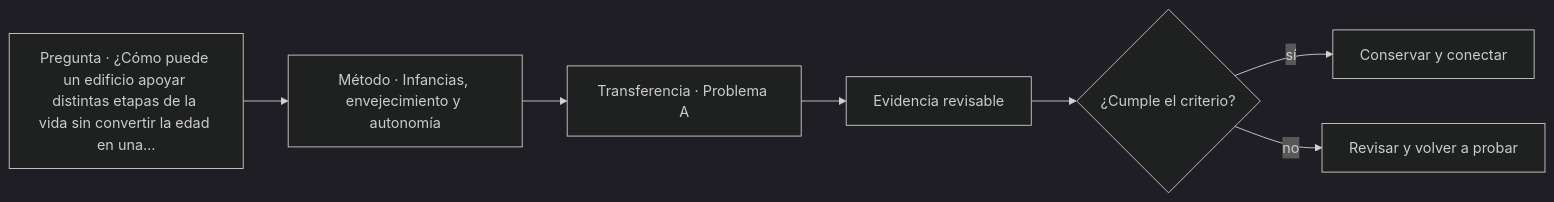
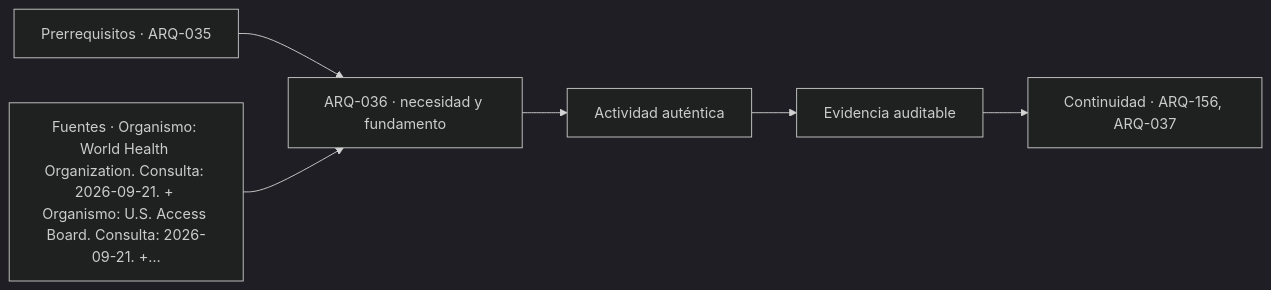
Before and after one commit to vladimiracunadev-create/architecture-built-environment-learning-program: the diagram in classes/parte-04/ARQ-036.md, drawn with Mermaid (dark theme). The commit also changed other lines of this file and 761 other files, not shown here.

````diff
--- a/classes/parte-04/ARQ-036.md
+++ b/classes/parte-04/ARQ-036.md
@@ -155,9 +167,8 @@
 ```mermaid
 flowchart LR
-    Q["Pregunta · ¿Cómo puede un edificio apoyar distintas etapas de la vida sin convertir la edad en una…"] --> M["Método · Infancias, envejecimiento y autonomía"]
-    M --> P["Transferencia · Problema A"]
-    P --> E["Evidencia revisable"]
-    E --> C{"¿Cumple el criterio?"}
-    C -->|sí| T["Conservar y conectar"]
-    C -->|no| R["Revisar y volver a probar"]
+    A["Prerrequisitos · ARQ-035"] --> B["ARQ-036 · necesidad y fundamento"]
+    S["Fuentes · Organismo: World Health Organization. Consulta: 2026-09-21. + Organismo: U.S. Access Board. Consulta: 2026-09-21. +…"] --> B
+    B --> C["Actividad auténtica"]
+    C --> D["Evidencia auditable"]
+    D --> E["Continuidad · ARQ-156, ARQ-037"]
 ```
````
